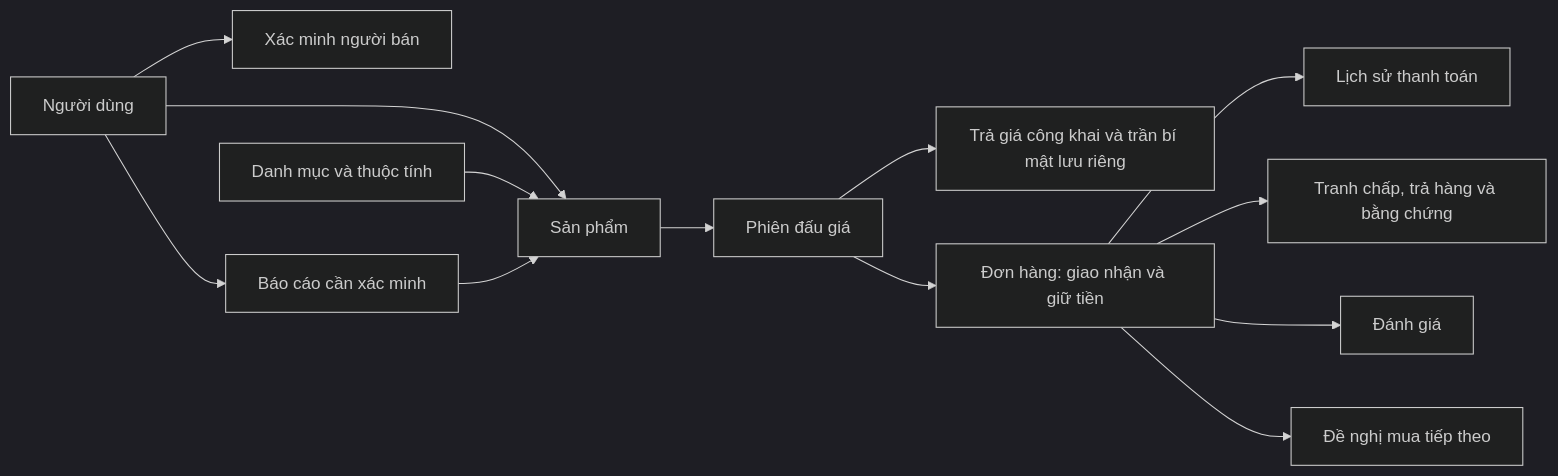
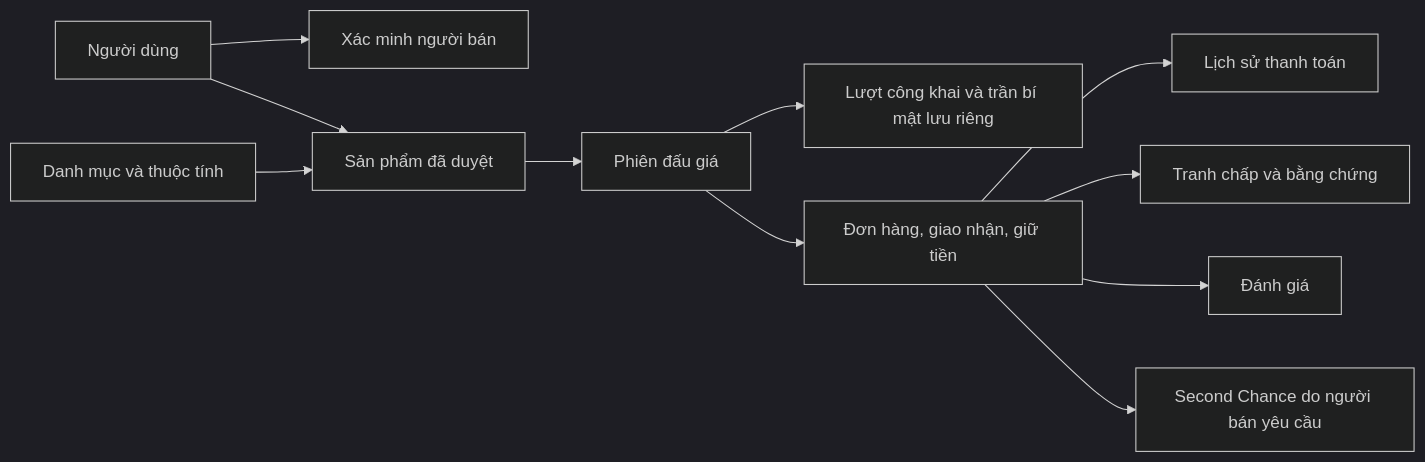
One commit to NguyenQuocViet26122005/DoAn4_HeThongDauGiaTrucTuyen changed the fourth of 4 diagrams in TAI-LIEU-NGHIEP-VU-VA-CONG-NGHE.md. Above: the diagram before and after it, drawn with Mermaid (dark theme). The commit also changed other lines of this file and 5 other files, not shown here.

````diff
--- a/TAI-LIEU-NGHIEP-VU-VA-CONG-NGHE.md
+++ b/TAI-LIEU-NGHIEP-VU-VA-CONG-NGHE.md
@@ -992,15 +878,13 @@
 ```mermaid
 flowchart LR
     ND[Người dùng] --> XM[Xác minh người bán]
-    ND --> SP[Sản phẩm]
+    ND --> SP[Sản phẩm đã duyệt]
     DM[Danh mục và thuộc tính] --> SP
     SP --> P[Phiên đấu giá]
-    P --> G[Trả giá công khai và trần bí mật lưu riêng]
-    P --> D[Đơn hàng: giao nhận và giữ tiền]
+    P --> G[Lượt công khai và trần bí mật lưu riêng]
+    P --> D[Đơn hàng, giao nhận, giữ tiền]
     D --> TT[Lịch sử thanh toán]
-    D --> TC[Tranh chấp, trả hàng và bằng chứng]
+    D --> TC[Tranh chấp và bằng chứng]
     D --> DG[Đánh giá]
-    D --> SC[Đề nghị mua tiếp theo]
-    ND --> BC[Báo cáo cần xác minh]
-    BC --> SP
+    D --> SC[Second Chance do người bán yêu cầu]
 ```
````
